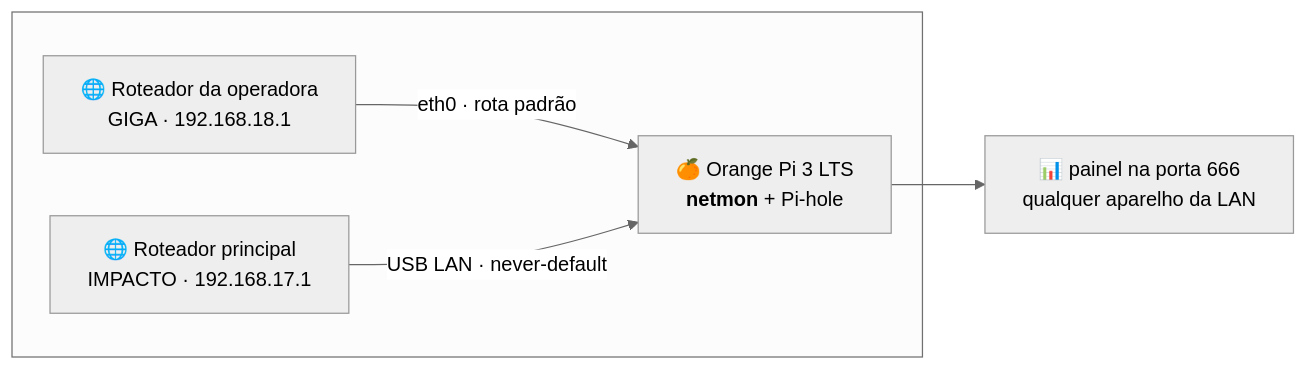
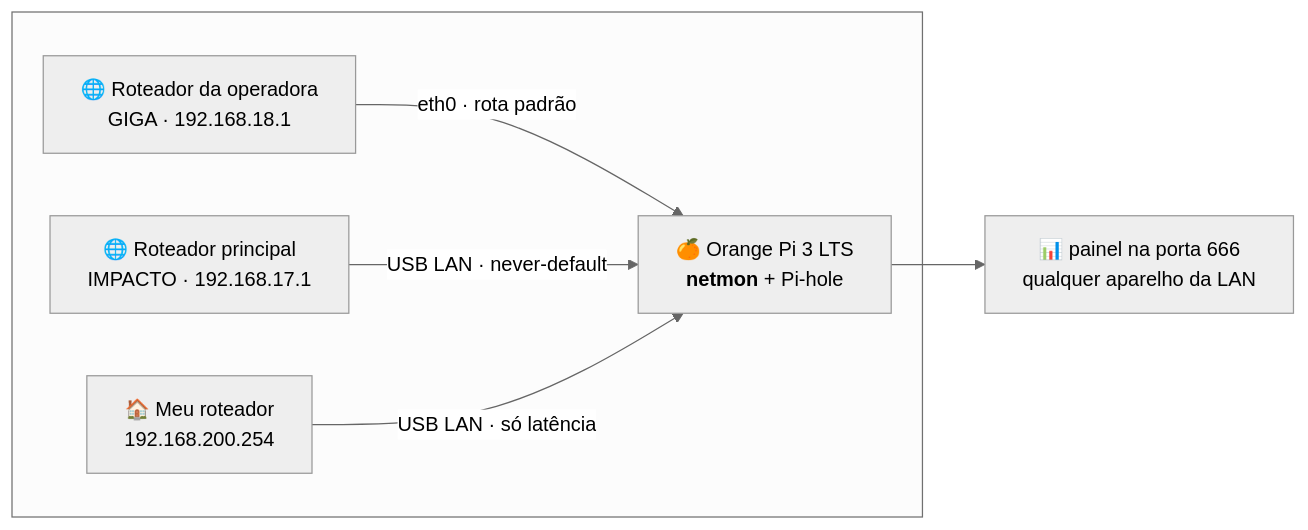
The diagram in README.md (cleber-son/monitoramento-dual-internet-orangepi), drawn with Mermaid (neutral theme) before and after one commit. The commit also changed other lines of this file and 9 other files, not shown here.

````diff
--- a/README.md
+++ b/README.md
@@ -39,11 +39,13 @@
 ```mermaid
 graph LR
     subgraph casa[" "]
         OP["🌐 Roteador da operadora<br/>GIGA · 192.168.18.1"]
         RP["🌐 Roteador principal<br/>IMPACTO · 192.168.17.1"]
+        LAN["🏠 Meu roteador<br/>192.168.200.254"]
         PI["🍊 Orange Pi 3 LTS<br/><b>netmon</b> + Pi-hole"]
     end
     OP -- "eth0 · rota padrão" --> PI
     RP -- "USB LAN · never-default" --> PI
+    LAN -- "USB LAN · só latência" --> PI
     PI --> PAINEL["📊 painel na porta 666<br/>qualquer aparelho da LAN"]
 ```
````
